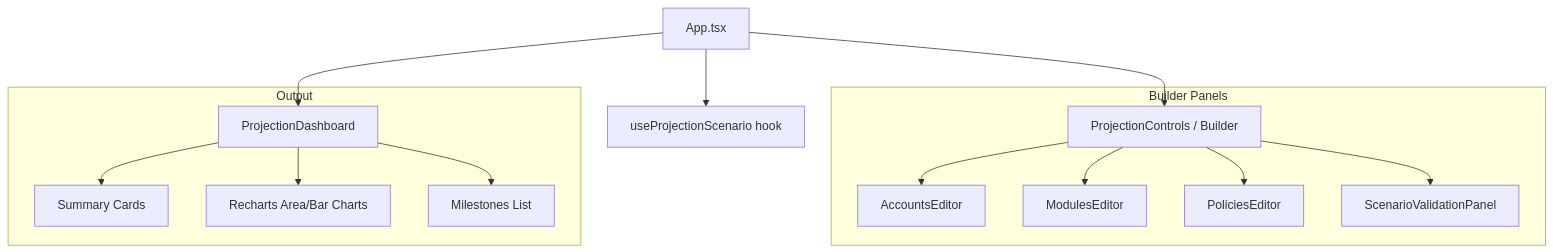
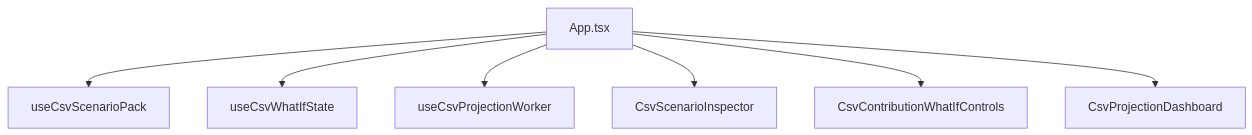
The third of 3 diagrams in TECHNICAL_OVERVIEW.md (SimHoZebs/net-worth-estimator), drawn with Mermaid before and after one commit. The commit also changed other lines of this file and 13 other files, not shown here.

````diff
--- a/TECHNICAL_OVERVIEW.md
+++ b/TECHNICAL_OVERVIEW.md
@@ -114,20 +110,10 @@
 ```mermaid
 graph TD
     App[App.tsx]
-    App --> Hook[useProjectionScenario hook]
-    App --> ProjControls[ProjectionControls / Builder]
-    App --> ProjDash[ProjectionDashboard]
-
-    subgraph Builder Panels
-        ProjControls --> AccEd[AccountsEditor]
-        ProjControls --> ModEd[ModulesEditor]
-        ProjControls --> PolEd[PoliciesEditor]
-        ProjControls --> ValPanel[ScenarioValidationPanel]
-    end
-
-    subgraph Output
-        ProjDash --> Stats[Summary Cards]
-        ProjDash --> Charts[Recharts Area/Bar Charts]
-        ProjDash --> Milestones[Milestones List]
-    end
+    App --> Pack[useCsvScenarioPack]
+    App --> WhatIf[useCsvWhatIfState]
+    App --> Worker[useCsvProjectionWorker]
+    App --> Inspector[CsvScenarioInspector]
+    App --> Controls[CsvContributionWhatIfControls]
+    App --> Dash[CsvProjectionDashboard]
 ```
````
